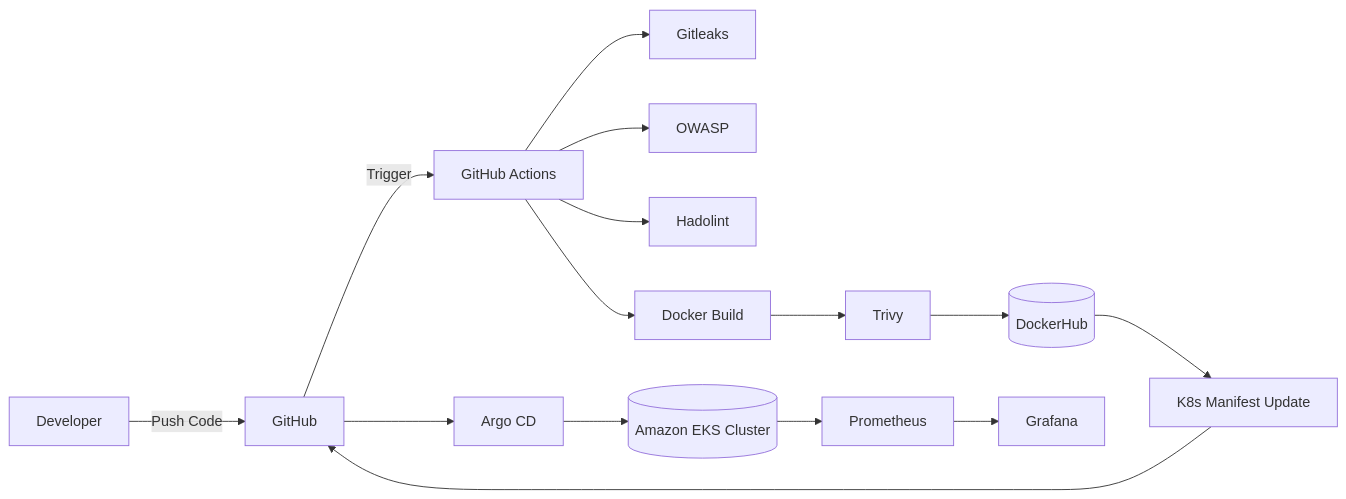
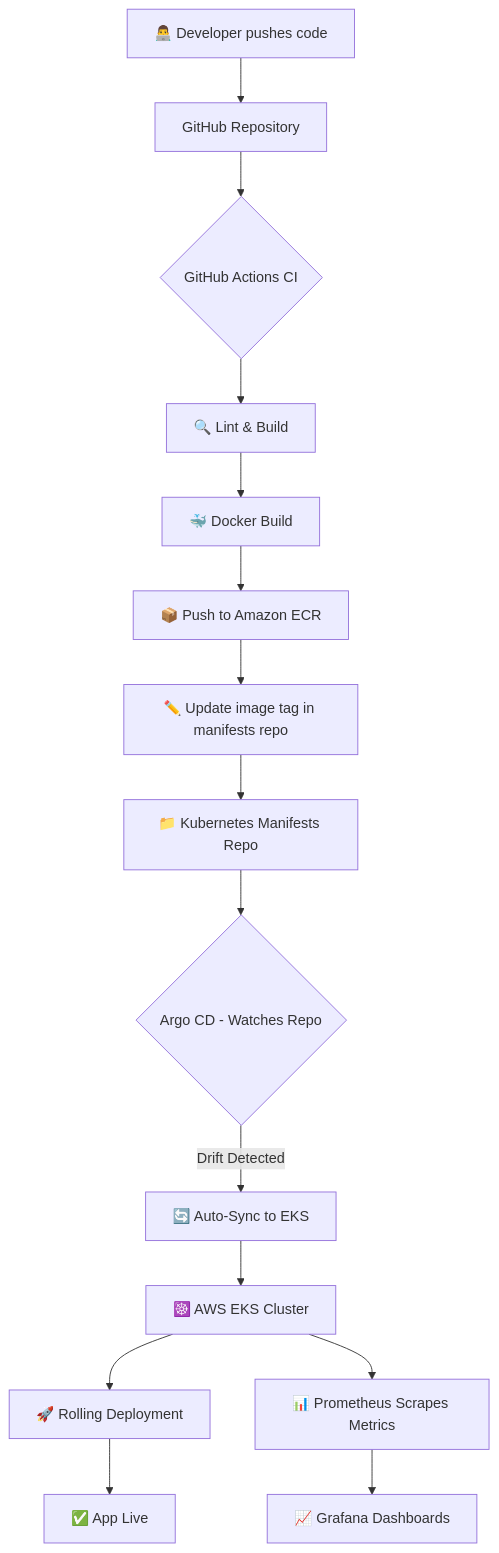
Before and after one commit to Harsh7209/Project-3: the diagram in README.md, drawn with Mermaid. The commit also changed other lines of this file, not shown here.

````diff
--- a/README.md
+++ b/README.md
@@ -48,23 +74,17 @@
 ```mermaid
-flowchart LR
-    Dev[Developer] -->|Push Code| GitHub
-    GitHub -->|Trigger| GHA[GitHub Actions]
-
-    GHA --> Gitleaks
-    GHA --> OWASP
-    GHA --> Hadolint
-
-    GHA --> Build[Docker Build]
-    Build --> Trivy
-
-    Trivy --> DockerHub[(DockerHub)]
-    DockerHub --> Update[K8s Manifest Update]
-
-    Update --> GitHub
-
-    GitHub --> ArgoCD[Argo CD]
-    ArgoCD --> EKS[(Amazon EKS Cluster)]
-
-    EKS --> Prometheus
-    Prometheus --> Grafana
+flowchart TD
+    A[👨‍💻 Developer pushes code] --> B[GitHub Repository]
+    B --> C{GitHub Actions CI}
+    C --> D[🔍 Lint & Build]
+    D --> E[🐳 Docker Build]
+    E --> F[📦 Push to Amazon ECR]
+    F --> G[✏️ Update image tag in manifests repo]
+    G --> H[📁 Kubernetes Manifests Repo]
+    H --> I{Argo CD - Watches Repo}
+    I -->|Drift Detected| J[🔄 Auto-Sync to EKS]
+    J --> K[☸️ AWS EKS Cluster]
+    K --> L[🚀 Rolling Deployment]
+    L --> M[✅ App Live]
+    K --> N[📊 Prometheus Scrapes Metrics]
+    N --> O[📈 Grafana Dashboards]
 ```
````
